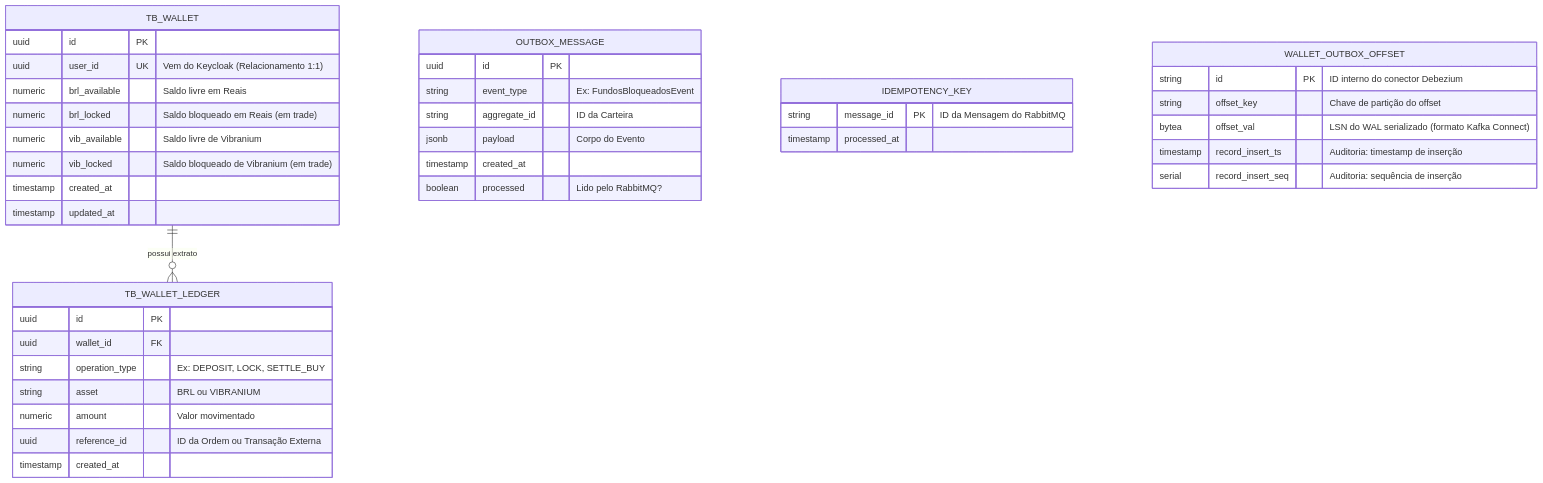
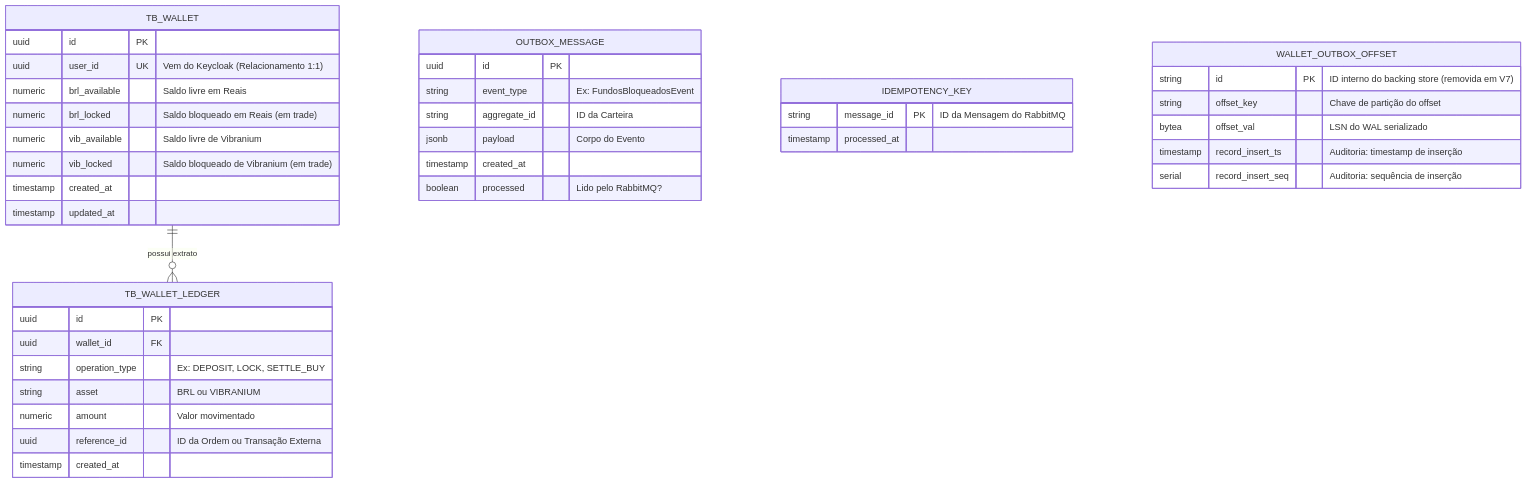
One commit to ErikZA/offer-book-java changed the diagram in docs/database/modelagem-banco-wallet.md. Above: the diagram before and after it, drawn with Mermaid. The commit also changed other lines of this file and 37 other files, not shown here.

````diff
--- a/docs/database/modelagem-banco-wallet.md
+++ b/docs/database/modelagem-banco-wallet.md
@@ -9,47 +9,47 @@
 ```mermaid
 erDiagram
     TB_WALLET ||--o{ TB_WALLET_LEDGER : "possui extrato"
     TB_WALLET {
         uuid id PK
         uuid user_id UK "Vem do Keycloak (Relacionamento 1:1)"
         numeric brl_available "Saldo livre em Reais"
         numeric brl_locked "Saldo bloqueado em Reais (em trade)"
         numeric vib_available "Saldo livre de Vibranium"
         numeric vib_locked "Saldo bloqueado de Vibranium (em trade)"
         timestamp created_at
         timestamp updated_at
     }
 
     TB_WALLET_LEDGER {
         uuid id PK
         uuid wallet_id FK
         string operation_type "Ex: DEPOSIT, LOCK, SETTLE_BUY"
         string asset "BRL ou VIBRANIUM"
         numeric amount "Valor movimentado"
         uuid reference_id "ID da Ordem ou Transação Externa"
         timestamp created_at
     }
 
     OUTBOX_MESSAGE {
         uuid id PK
         string event_type "Ex: FundosBloqueadosEvent"
         string aggregate_id "ID da Carteira"
         jsonb payload "Corpo do Evento"
         timestamp created_at
         boolean processed "Lido pelo RabbitMQ?"
     }
 
     IDEMPOTENCY_KEY {
         string message_id PK "ID da Mensagem do RabbitMQ"
         timestamp processed_at
     }
 
     WALLET_OUTBOX_OFFSET {
-        string id PK "ID interno do conector Debezium"
+        string id PK "ID interno do backing store (removida em V7)"
         string offset_key "Chave de partição do offset"
-        bytea offset_val "LSN do WAL serializado (formato Kafka Connect)"
+        bytea offset_val "LSN do WAL serializado"
         timestamp record_insert_ts "Auditoria: timestamp de inserção"
         serial record_insert_seq "Auditoria: sequência de inserção"
     }
 
 ```
````
